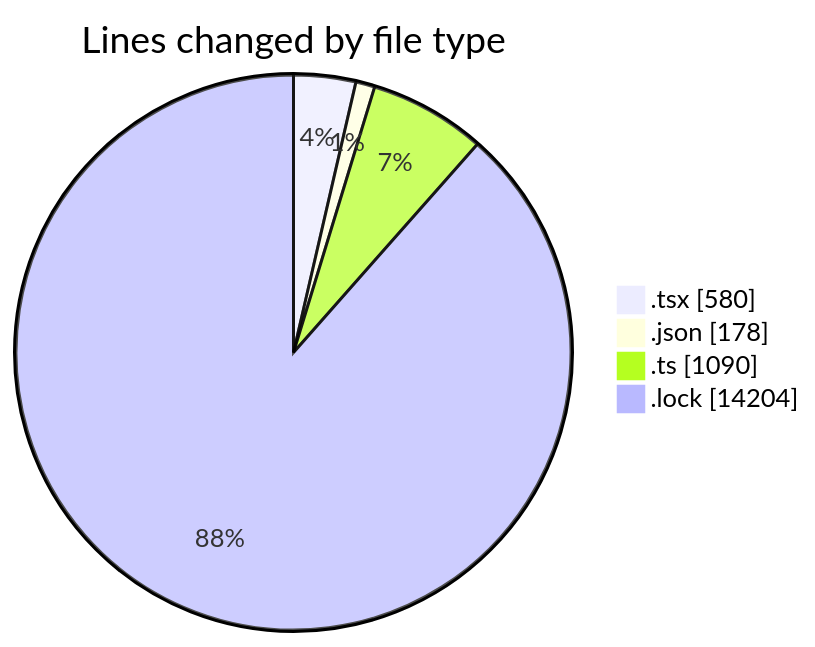
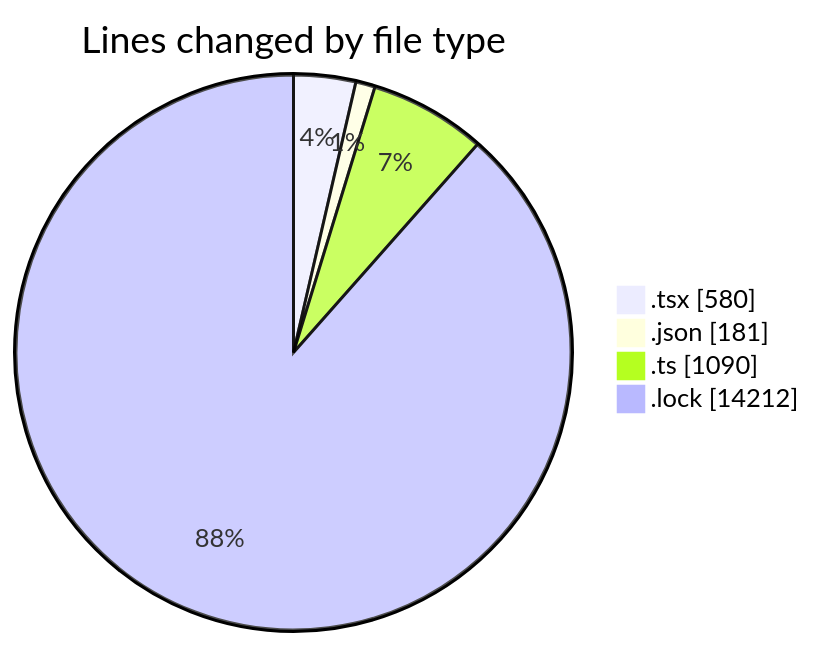
The first of 2 diagrams in 2025-05-12/cda/README.md (momahboobian/code-tracking), drawn with Mermaid before and after one commit. The commit also changed other lines of this file and 1 other file, not shown here.

````diff
--- a/2025-05-12/cda/README.md
+++ b/2025-05-12/cda/README.md
@@ -33,8 +33,8 @@
 ```mermaid
 pie showData
 title Lines changed by file type
 ".tsx" : 580
-".json" : 178
+".json" : 181
 ".ts" : 1090
-".lock" : 14204
+".lock" : 14212
 ```
````
